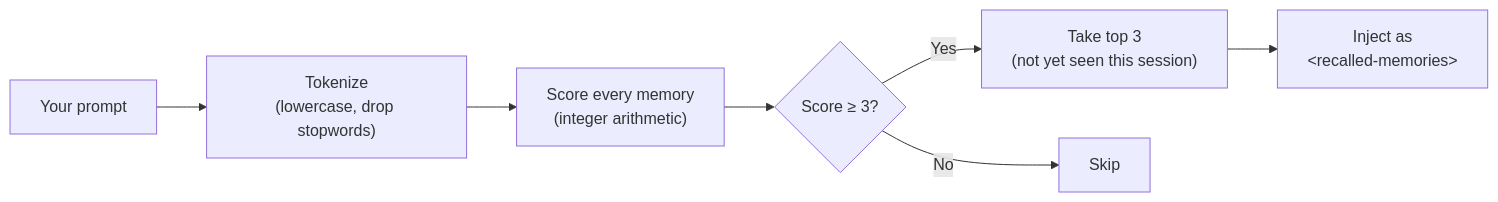
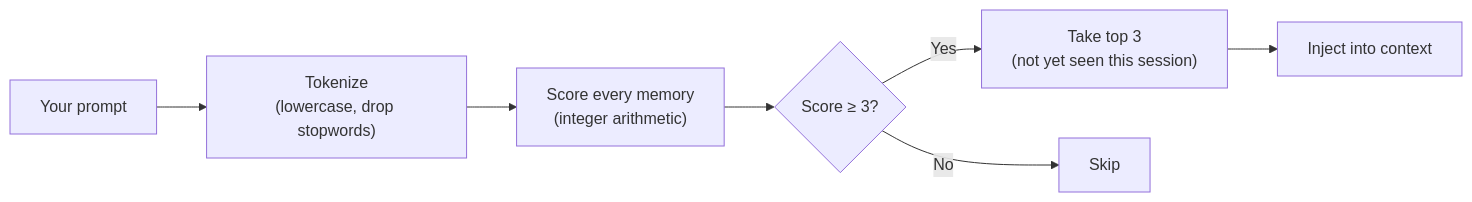
Before and after one commit to VictorBodnar/engram: the third of 3 diagrams in README.md, drawn with Mermaid. The commit also changed other lines of this file, not shown here.

First line of the commit message:
Fix Mermaid diagrams: use Unicode chars instead of HTML entities

````diff
--- a/README.md
+++ b/README.md
@@ -167,9 +167,9 @@
 ```mermaid
 flowchart LR
     P["Your prompt"] --> T["Tokenize<br/>(lowercase, drop stopwords)"]
     T --> SC["Score every memory<br/>(integer arithmetic)"]
-    SC --> G{"Score &ge; 3?"}
+    SC --> G{"Score ≥ 3?"}
     G -->|Yes| Top["Take top 3<br/>(not yet seen this session)"]
     G -->|No| Skip["Skip"]
-    Top --> Inject["Inject as<br/>&lt;recalled-memories&gt;"]
+    Top --> Inject["Inject into context"]
 ```
````
